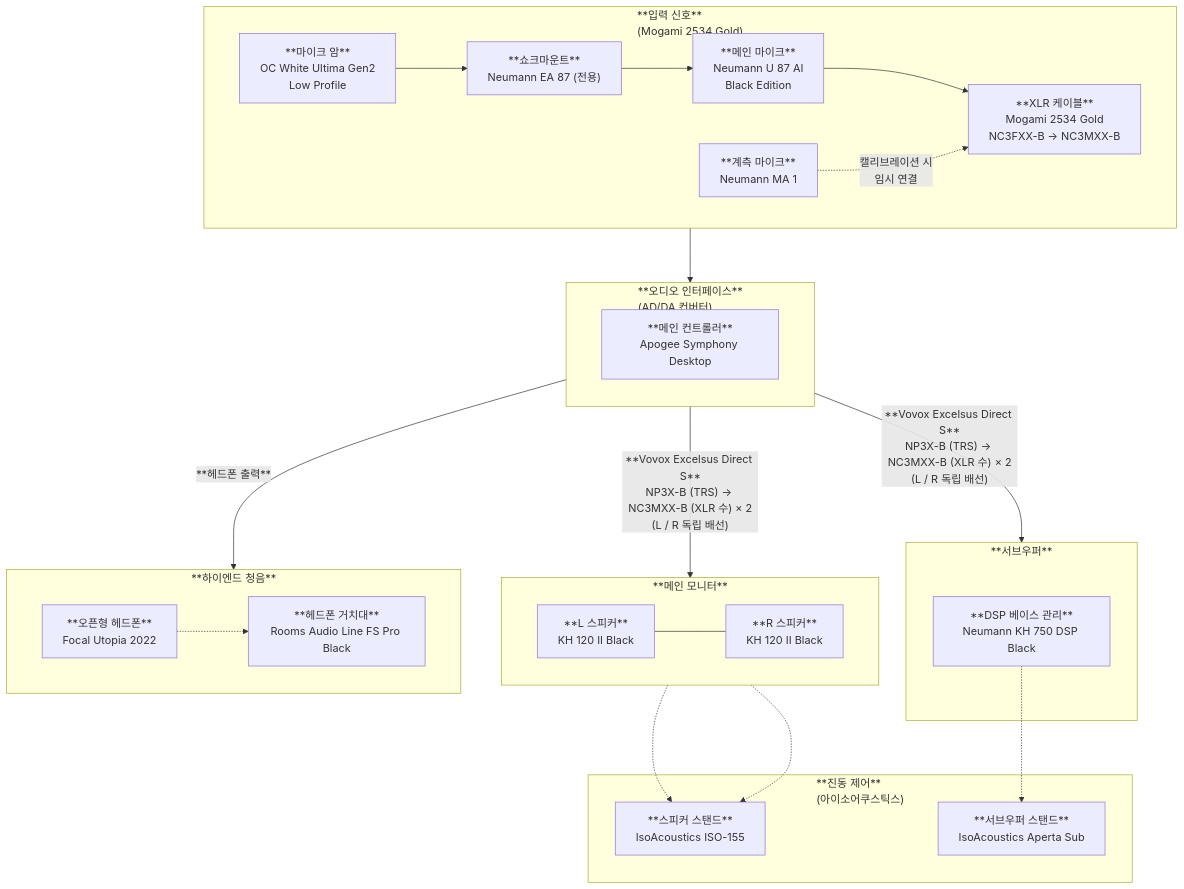
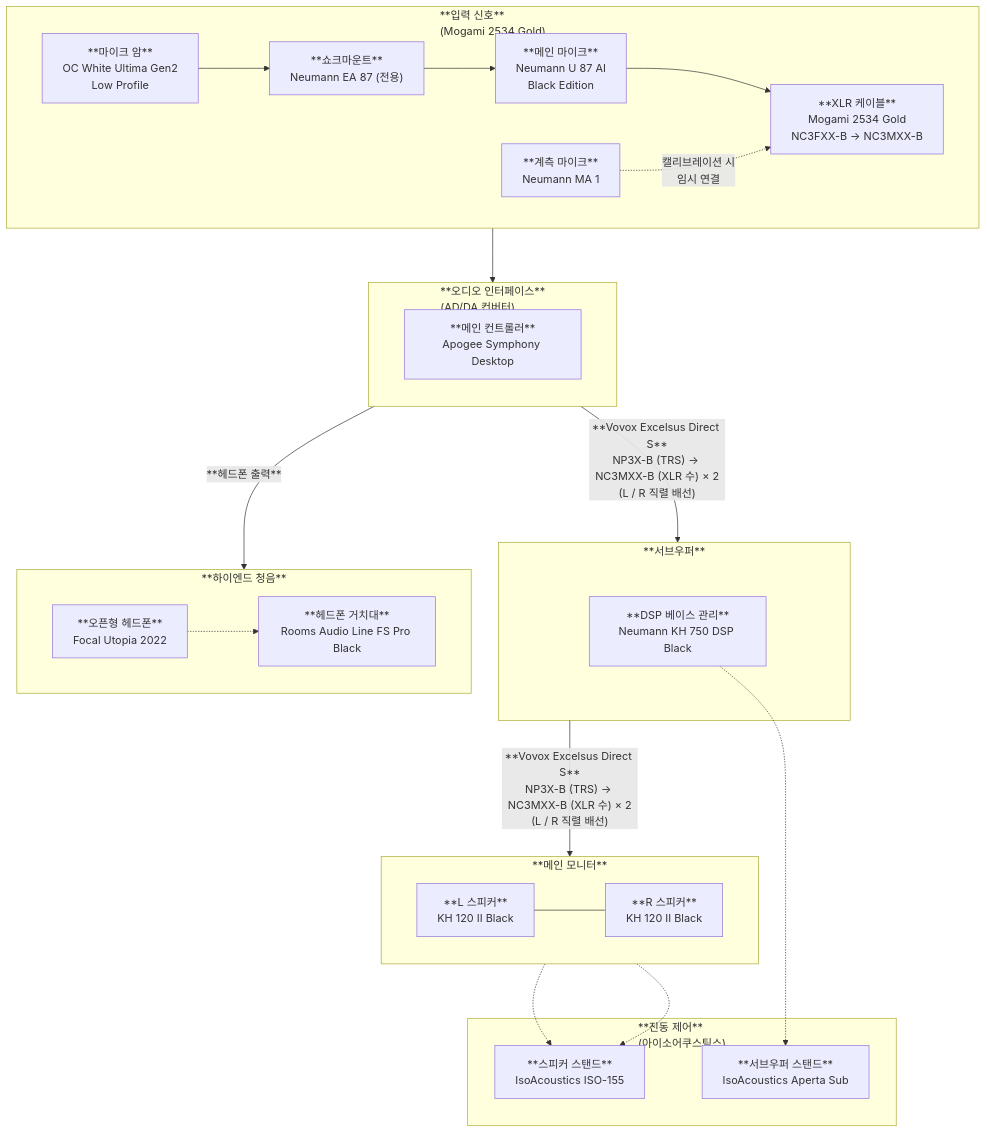
Before and after one commit to Rangdy-Kor/sunwooks-idea-atelier: the second of 2 diagrams in content/Rubydian Workstation.md, drawn with Mermaid. The commit also changed other lines of this file and 8 other files, not shown here.

````diff
--- a/content/Rubydian Workstation.md
+++ b/content/Rubydian Workstation.md
@@ -334,60 +332,60 @@
 ```mermaid
 %%{init: {
   'flowchart': {
     'curve': 'basis',
     'nodeSpacing': 60,
     'rankSpacing': 80,
     'htmlLabels': true
   }
 }}%%
 
 flowchart TD
 subgraph Input_Chain["**입력 신호**<br>(Mogami 2534 Gold)"]
     direction LR
     MicArm["**마이크 암**<br>OC White Ultima Gen2<br>Low Profile"]
     ShockMount["**쇼크마운트**<br>Neumann EA 87 (전용)"]
     U87["**메인 마이크**<br>Neumann U 87 AI<br>Black Edition"]
     MA1["**계측 마이크**<br>Neumann MA 1"]
     MicCable["**XLR 케이블**<br>Mogami 2534 Gold<br>NC3FXX-B → NC3MXX-B"]
  
     MicArm --> ShockMount --> U87
     U87 --> MicCable
     MA1 -. "캘리브레이션 시<br>임시 연결" .-> MicCable
 end
  
 Input_Chain --> Interface
  
 subgraph Interface["**오디오 인터페이스**<br>(AD/DA 컨버터)"]
     Symphony["**메인 컨트롤러**<br>Apogee Symphony Desktop"]
 end
  
-Interface -- "**Vovox Excelsus Direct S**<br>NP3X-B (TRS) → NC3MXX-B (XLR 수) × 2<br>(L / R 독립 배선)" --> Subwoofer
-Interface -- "**Vovox Excelsus Direct S**<br>NP3X-B (TRS) → NC3MXX-B (XLR 수) × 2<br>(L / R 독립 배선)" --> Monitors
+Interface -- "**Vovox Excelsus Direct S**<br>NP3X-B (TRS) → NC3MXX-B (XLR 수) × 2<br>(L / R 직렬 배선)" --> Subwoofer
+Subwoofer -- "**Vovox Excelsus Direct S**<br>NP3X-B (TRS) → NC3MXX-B (XLR 수) × 2<br>(L / R 직렬 배선)" --> KH120L
  
 subgraph Subwoofer["**서브우퍼**"]
     KH750["**DSP 베이스 관리**<br>Neumann KH 750 DSP Black"]
 end
  
 subgraph Monitors["**메인 모니터**"]
     direction LR
     KH120L["**L 스피커**<br>KH 120 II Black"] --- KH120R["**R 스피커**<br>KH 120 II Black"]
 end
  
 subgraph Isolation["**진동 제어**<br>(아이소어쿠스틱스)"]
     ISO155["**스피커 스탠드**<br>IsoAcoustics ISO-155"]
     Aperta["**서브우퍼 스탠드**<br>IsoAcoustics Aperta Sub"]
 end
  
 Interface -- "**헤드폰 출력**" --> Headphone
  
 subgraph Headphone["**하이엔드 청음**"]
     Utopia["**오픈형 헤드폰**<br>Focal Utopia 2022"]
     Rooms["**헤드폰 거치대**<br>Rooms Audio Line FS Pro Black"]
 end
  
 %% 물리적 거치 관계
 KH120L -.-> ISO155
 KH120R -.-> ISO155
 KH750 -.-> Aperta
 Utopia -.-> Rooms
 ```
````
